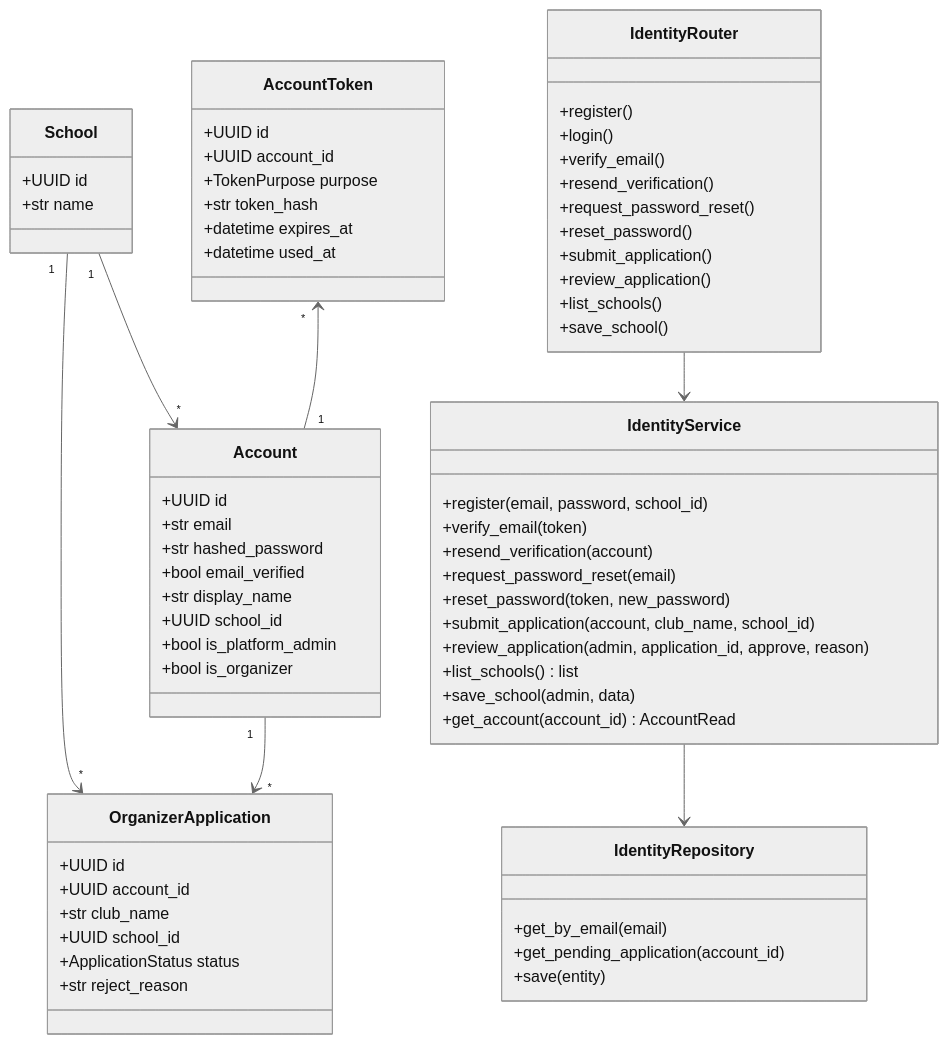
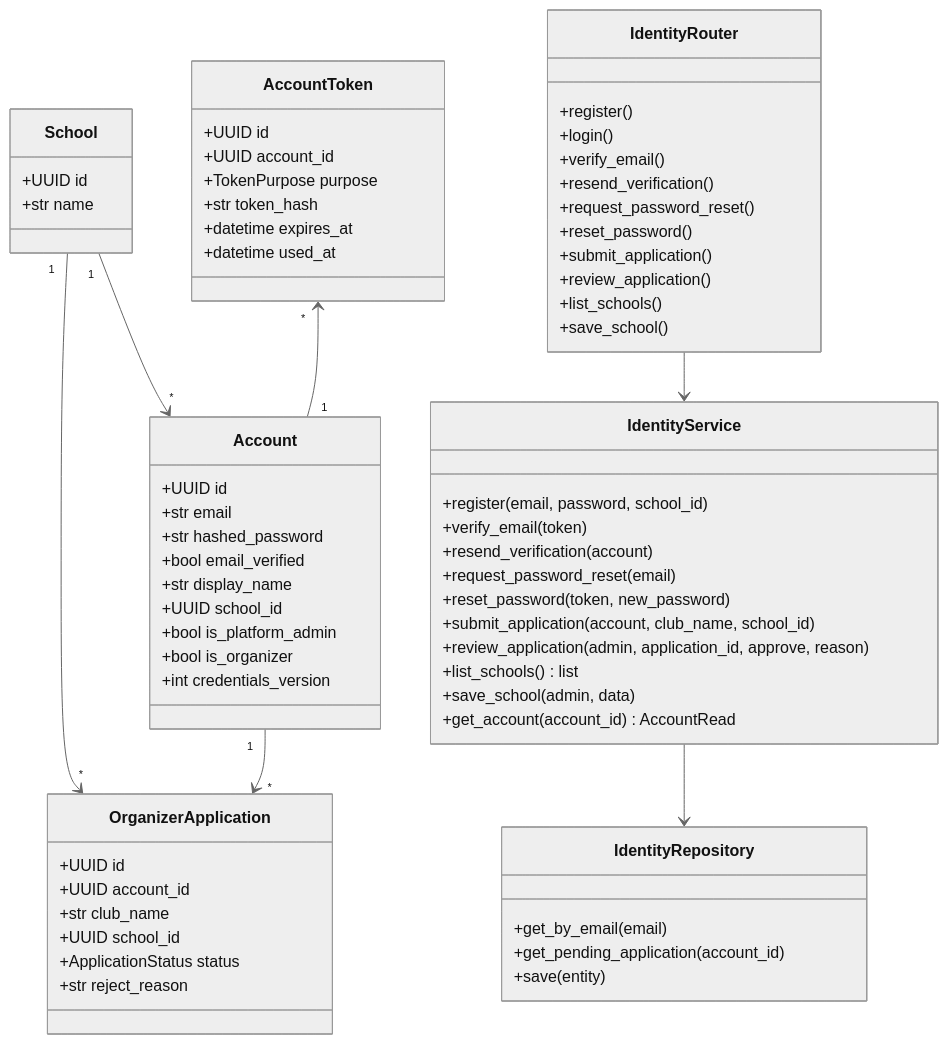
One commit to Team14good/esport-platform changed the fourth of 12 diagrams in docs/midterm/D-物件設計文件.md. Above: the diagram before and after it, drawn with Mermaid (neutral theme). The commit also changed other lines of this file and 20 other files, not shown here.

````diff
--- a/docs/midterm/D-物件設計文件.md
+++ b/docs/midterm/D-物件設計文件.md
@@ -144,68 +146,69 @@
 ```mermaid
 classDiagram
   class Account {
     +UUID id
     +str email
     +str hashed_password
     +bool email_verified
     +str display_name
     +UUID school_id
     +bool is_platform_admin
     +bool is_organizer
+    +int credentials_version
   }
   class School {
     +UUID id
     +str name
   }
   class AccountToken {
     +UUID id
     +UUID account_id
     +TokenPurpose purpose
     +str token_hash
     +datetime expires_at
     +datetime used_at
   }
   class OrganizerApplication {
     +UUID id
     +UUID account_id
     +str club_name
     +UUID school_id
     +ApplicationStatus status
     +str reject_reason
   }
   class IdentityRouter {
     +register()
     +login()
     +verify_email()
     +resend_verification()
     +request_password_reset()
     +reset_password()
     +submit_application()
     +review_application()
     +list_schools()
     +save_school()
   }
   class IdentityService {
     +register(email, password, school_id)
     +verify_email(token)
     +resend_verification(account)
     +request_password_reset(email)
     +reset_password(token, new_password)
     +submit_application(account, club_name, school_id)
     +review_application(admin, application_id, approve, reason)
     +list_schools() list
     +save_school(admin, data)
     +get_account(account_id) AccountRead
   }
   class IdentityRepository {
     +get_by_email(email)
     +get_pending_application(account_id)
     +save(entity)
   }
   School "1" --> "*" Account
   School "1" --> "*" OrganizerApplication
   Account "1" --> "*" OrganizerApplication
   AccountToken "*" <-- "1" Account
   IdentityRouter --> IdentityService
   IdentityService --> IdentityRepository
 ```
````
